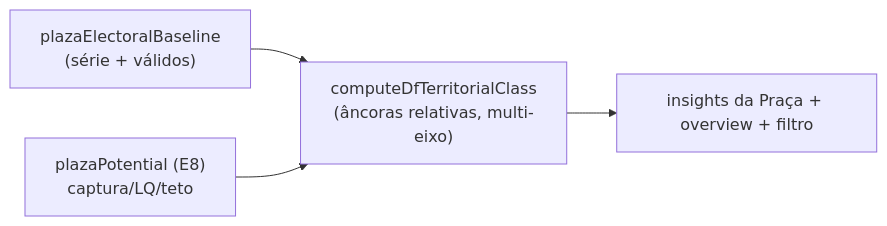
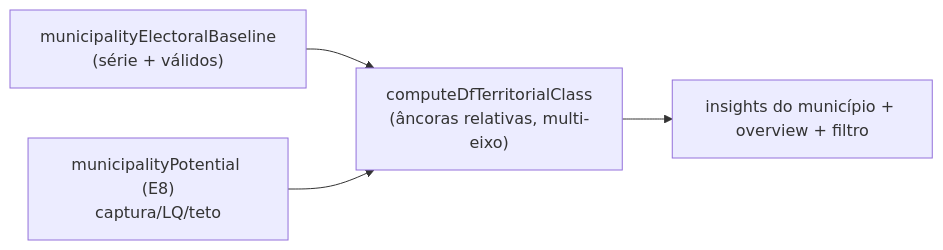
Before and after one commit to fsolla/teqo: the diagram in docs/plans/classificacao-territorial-relativa.md, drawn with Mermaid. The commit also changed other lines of this file and 41 other files, not shown here.

````diff
--- a/docs/plans/classificacao-territorial-relativa.md
+++ b/docs/plans/classificacao-territorial-relativa.md
@@ -47,10 +47,10 @@
 ```mermaid
 flowchart LR
-    Base["plazaElectoralBaseline<br/>(série + válidos)"]
-    Pot["plazaPotential (E8)<br/>captura/LQ/teto"]
+    Base["municipalityElectoralBaseline<br/>(série + válidos)"]
+    Pot["municipalityPotential (E8)<br/>captura/LQ/teto"]
     Class["computeDfTerritorialClass<br/>(âncoras relativas, multi-eixo)"]
-    UI["insights da Praça + overview + filtro"]
+    UI["insights do município + overview + filtro"]
     Base --> Class
     Pot --> Class
     Class --> UI
 ```
````
